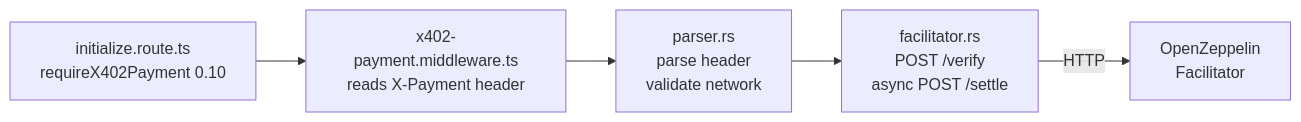
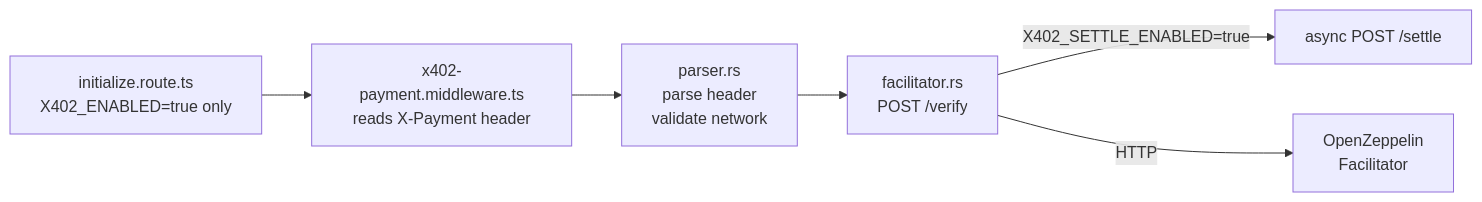
One commit to safetrustcr/backend-SafeTrust changed the fourth of 4 diagrams in docs/stellar/x402-protocol.md. Above: the diagram before and after it, drawn with Mermaid. The commit also changed other lines of this file and 29 other files, not shown here.

````diff
--- a/docs/stellar/x402-protocol.md
+++ b/docs/stellar/x402-protocol.md
@@ -135,7 +144,8 @@
 ```mermaid
 flowchart LR
-    IR[initialize.route.ts\nrequireX402Payment 0.10] --> MW[x402-payment.middleware.ts\nreads X-Payment header]
+    IR[initialize.route.ts\nX402_ENABLED=true only] --> MW[x402-payment.middleware.ts\nreads X-Payment header]
     MW --> PA[parser.rs\nparse header\nvalidate network]
-    PA --> FA[facilitator.rs\nPOST /verify\nasync POST /settle]
+    PA --> FA[facilitator.rs\nPOST /verify]
+    FA -->|X402_SETTLE_ENABLED=true| ST[async POST /settle]
     FA -->|HTTP| FAC[OpenZeppelin\nFacilitator]
 ```
````
